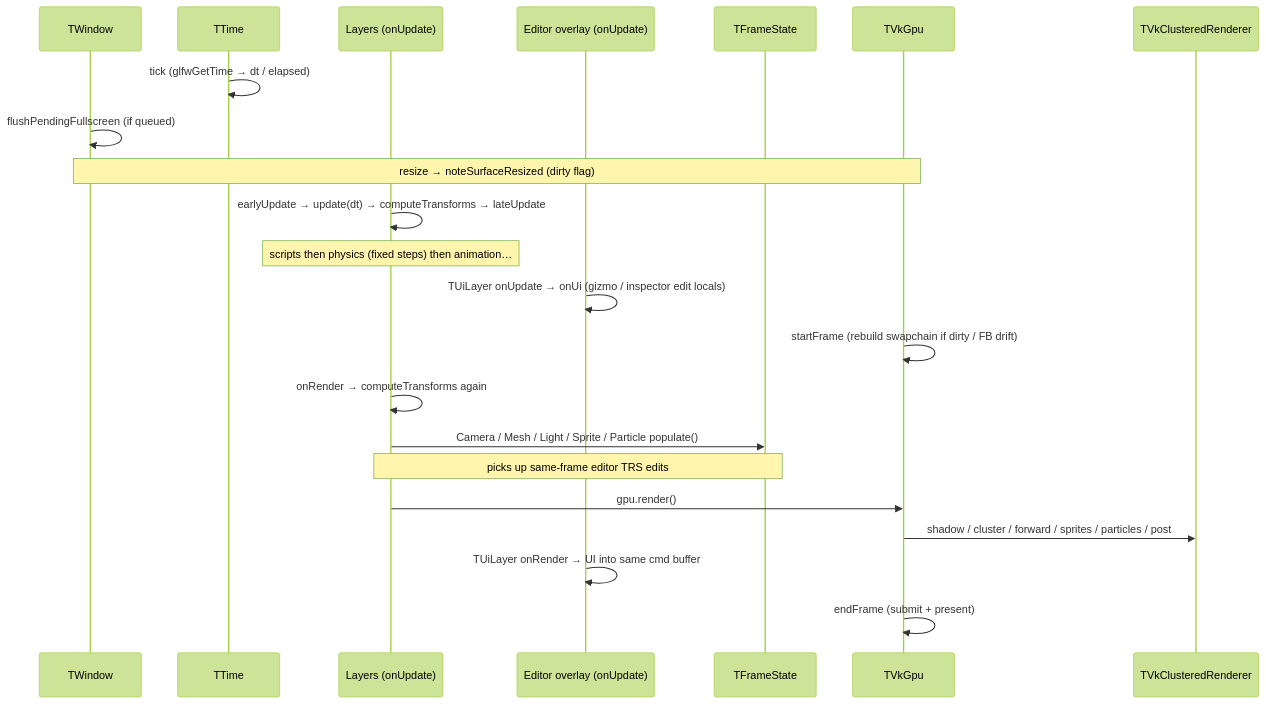
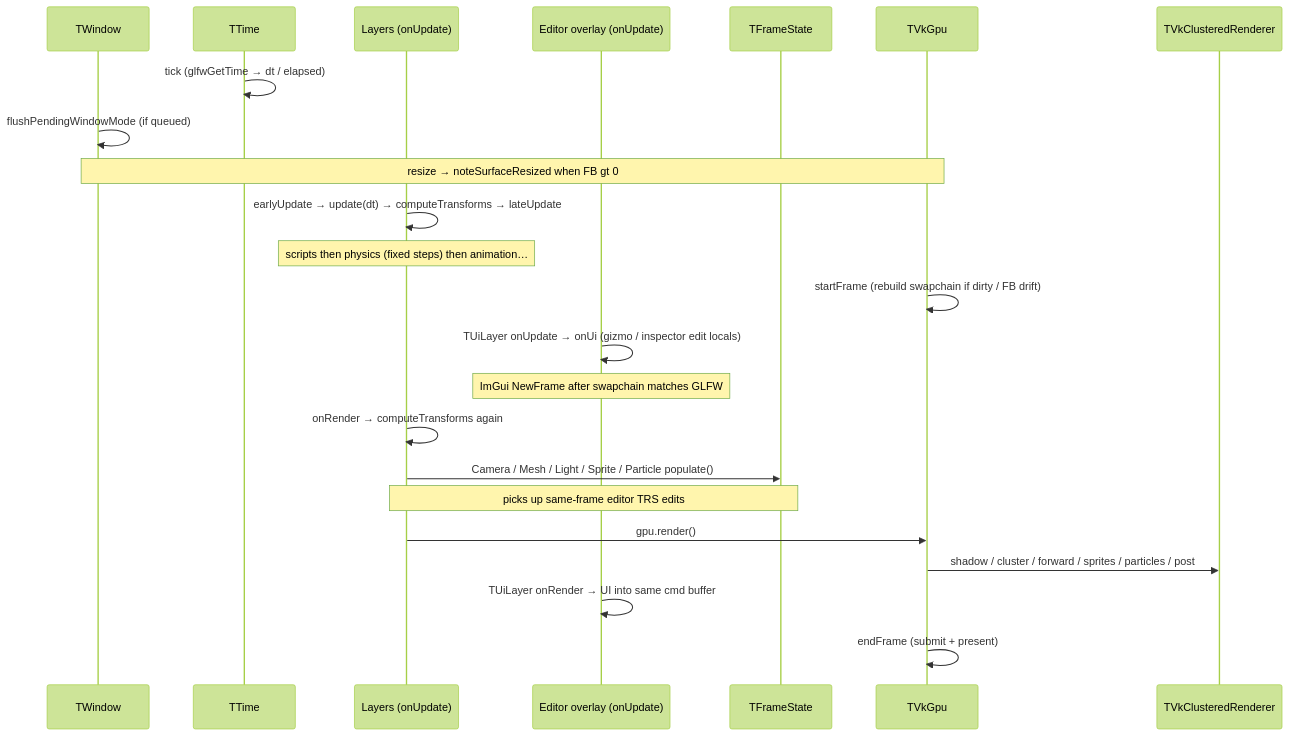
One commit to dstuden/TomosEngine changed the second of 2 diagrams in docs/DEVELOPING.md. Above: the diagram before and after it, drawn with Mermaid (forest theme). The commit also changed other lines of this file and 59 other files, not shown here.

````diff
--- a/docs/DEVELOPING.md
+++ b/docs/DEVELOPING.md
@@ -123,25 +123,26 @@
 ```mermaid
 sequenceDiagram
   participant W as TWindow
   participant T as TTime
   participant L as Layers (onUpdate)
   participant O as Editor overlay (onUpdate)
   participant FS as TFrameState
   participant G as TVkGpu
   participant R as TVkClusteredRenderer
 
   T->>T: tick (glfwGetTime → dt / elapsed)
-  W->>W: flushPendingFullscreen (if queued)
-  Note over W,G: resize → noteSurfaceResized (dirty flag)
+  W->>W: flushPendingWindowMode (if queued)
+  Note over W,G: resize → noteSurfaceResized when FB gt 0
   L->>L: earlyUpdate → update(dt) → computeTransforms → lateUpdate
   Note over L: scripts then physics (fixed steps) then animation…
+  G->>G: startFrame (rebuild swapchain if dirty / FB drift)
   O->>O: TUiLayer onUpdate → onUi (gizmo / inspector edit locals)
-  G->>G: startFrame (rebuild swapchain if dirty / FB drift)
+  Note over O: ImGui NewFrame after swapchain matches GLFW
   L->>L: onRender → computeTransforms again
   L->>FS: Camera / Mesh / Light / Sprite / Particle populate()
   Note over L,FS: picks up same-frame editor TRS edits
   L->>G: gpu.render()
   G->>R: shadow / cluster / forward / sprites / particles / post
   O->>O: TUiLayer onRender → UI into same cmd buffer
   G->>G: endFrame (submit + present)
 ```
````
